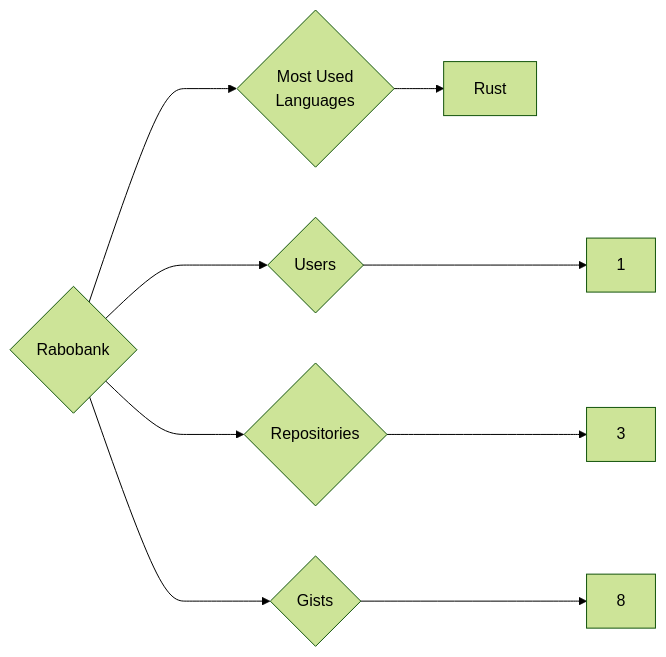
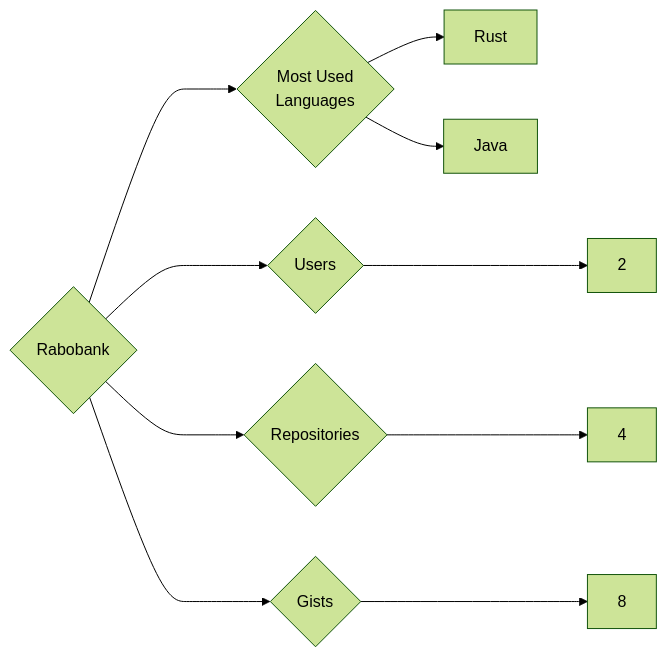
The diagram in targets/Rabobank/README.md (trickest/insiders), drawn with Mermaid (forest theme) before and after one commit. The commit also changed 1696 other files, not shown here.

````diff
--- a/targets/Rabobank/README.md
+++ b/targets/Rabobank/README.md
@@ -3,9 +3,10 @@
 ```mermaid
 graph LR
 COMPANY_NAME{Rabobank}
-COMPANY_NAME ---> U{Users} ---> UN[1]
-COMPANY_NAME ---> R{Repositories} ---> RN[3]
+COMPANY_NAME ---> U{Users} ---> UN[2]
+COMPANY_NAME ---> R{Repositories} ---> RN[4]
 COMPANY_NAME ---> G{Gists} ---> GN[8]
 COMPANY_NAME ---> ML{Most Used<br>Languages}
 ML --> Rust[Rust]
+ML --> Java[Java]
 ```
````
